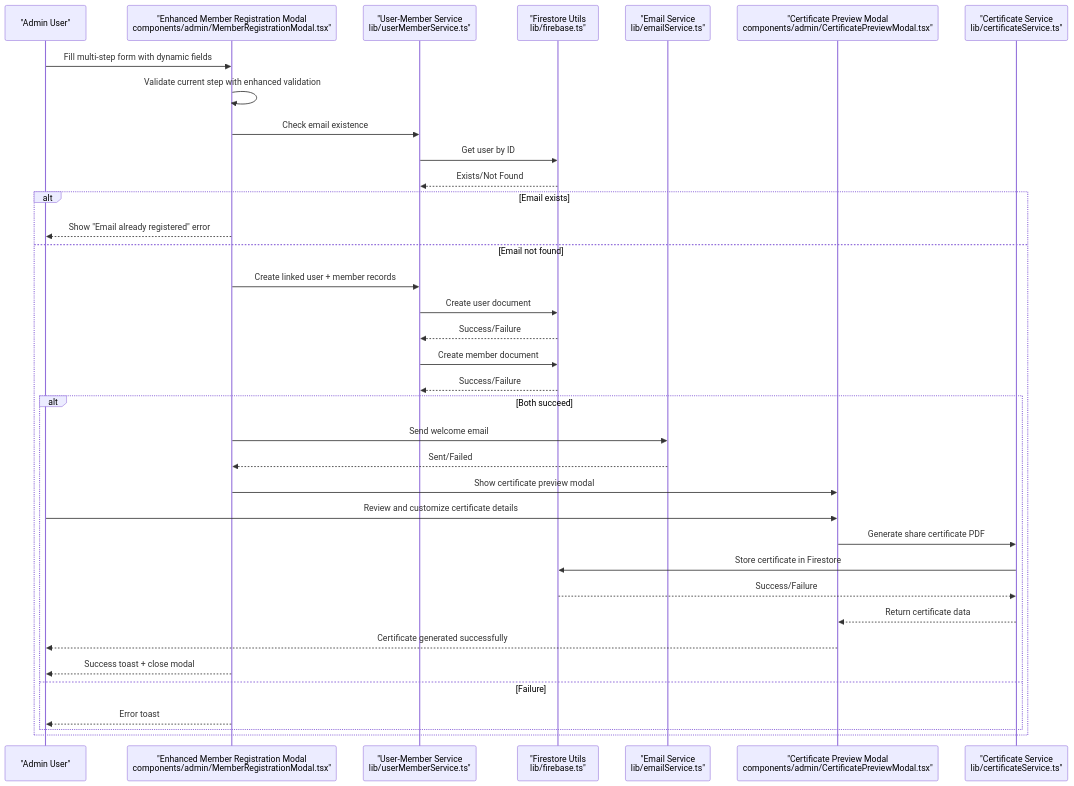
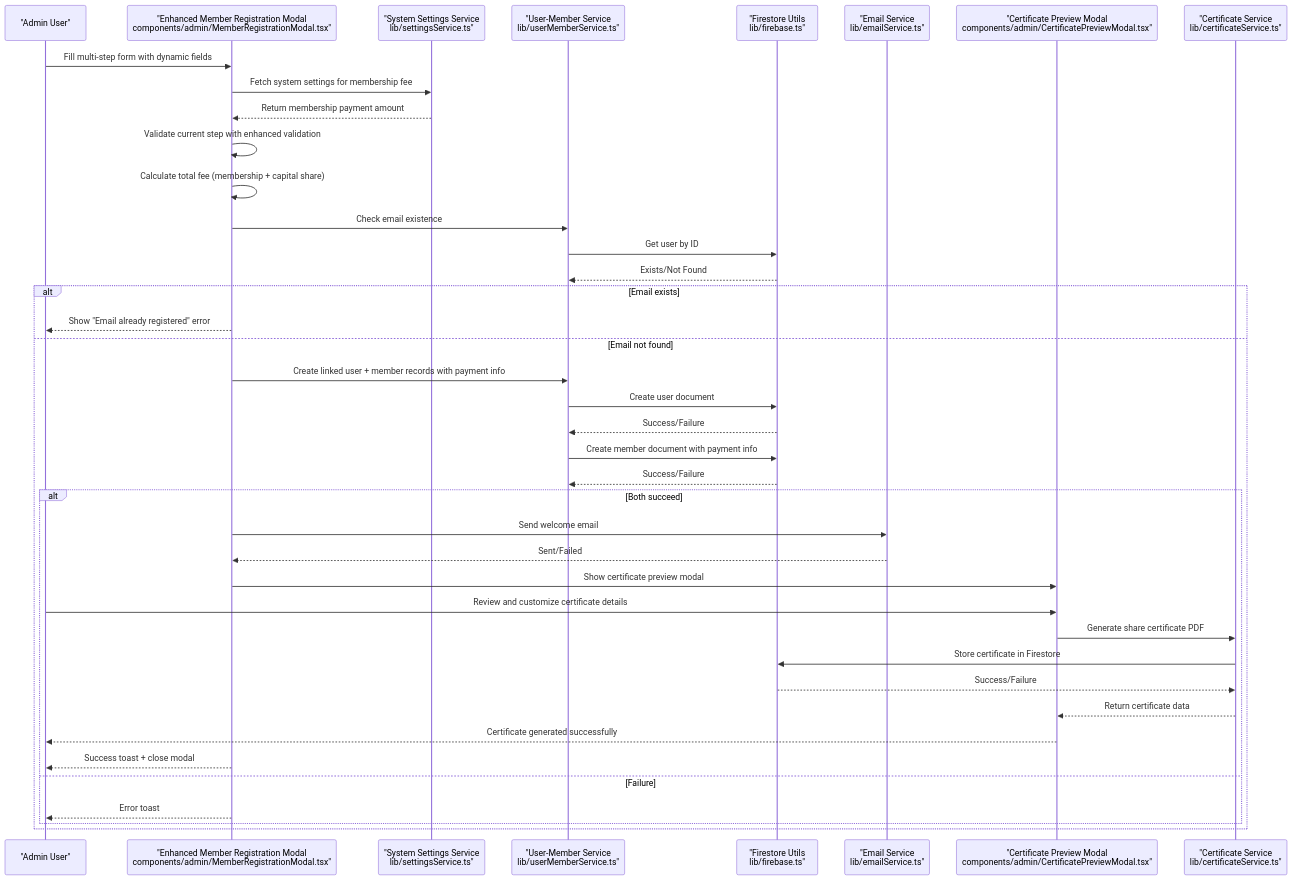
Before and after one commit to Unsure-bry/sampacoop_system: the second of 6 diagrams in .qoder/repowiki/en/content/Member Management System/Member Registration Workflow.md, drawn with Mermaid. The commit also changed other lines of this file and 3 other files, not shown here.

````diff
--- a/.qoder/repowiki/en/content/Member Management System/Member Registration Workflow.md
+++ b/.qoder/repowiki/en/content/Member Management System/Member Registration Workflow.md
@@ -169,38 +178,42 @@
 ```mermaid
 sequenceDiagram
 participant Admin as "Admin User"
 participant Modal as "Enhanced Member Registration Modal<br/>components/admin/MemberRegistrationModal.tsx"
+participant Settings as "System Settings Service<br/>lib/settingsService.ts"
 participant UMS as "User-Member Service<br/>lib/userMemberService.ts"
 participant FS as "Firestore Utils<br/>lib/firebase.ts"
 participant Email as "Email Service<br/>lib/emailService.ts"
 participant CPV as "Certificate Preview Modal<br/>components/admin/CertificatePreviewModal.tsx"
 participant CertSvc as "Certificate Service<br/>lib/certificateService.ts"
 Admin->>Modal : Fill multi-step form with dynamic fields
+Modal->>Settings : Fetch system settings for membership fee
+Settings-->>Modal : Return membership payment amount
 Modal->>Modal : Validate current step with enhanced validation
+Modal->>Modal : Calculate total fee (membership + capital share)
 Modal->>UMS : Check email existence
 UMS->>FS : Get user by ID
 FS-->>UMS : Exists/Not Found
 alt Email exists
 Modal-->>Admin : Show "Email already registered" error
 else Email not found
-Modal->>UMS : Create linked user + member records
+Modal->>UMS : Create linked user + member records with payment info
 UMS->>FS : Create user document
 FS-->>UMS : Success/Failure
-UMS->>FS : Create member document
+UMS->>FS : Create member document with payment info
 FS-->>UMS : Success/Failure
 alt Both succeed
 Modal->>Email : Send welcome email
 Email-->>Modal : Sent/Failed
 Modal->>CPV : Show certificate preview modal
 Admin->>CPV : Review and customize certificate details
 CPV->>CertSvc : Generate share certificate PDF
 CertSvc->>FS : Store certificate in Firestore
 FS-->>CertSvc : Success/Failure
 CertSvc-->>CPV : Return certificate data
 CPV-->>Admin : Certificate generated successfully
 Modal-->>Admin : Success toast + close modal
 else Failure
 Modal-->>Admin : Error toast
 end
 end
 ```
````
